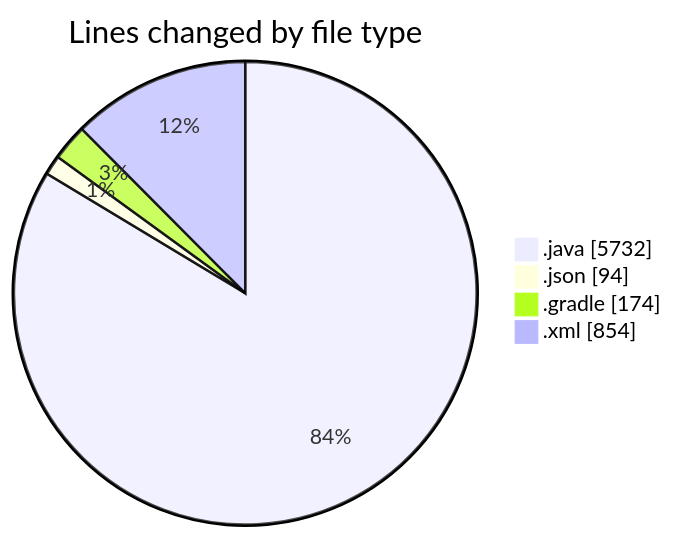
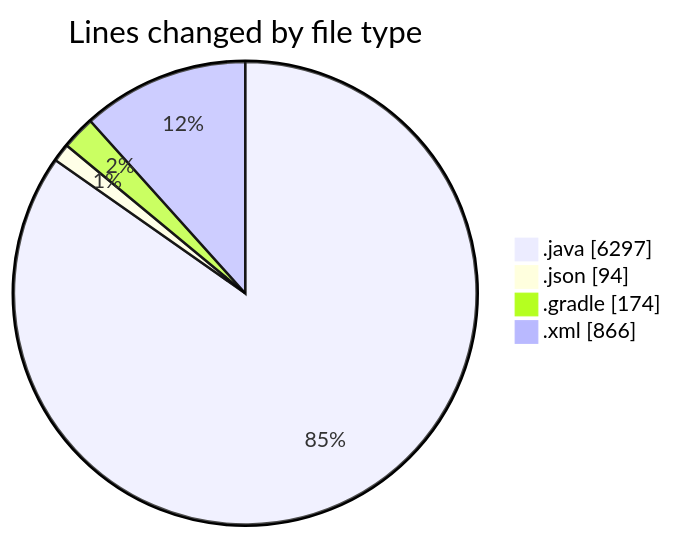
Before and after one commit to charlie-sans/code-tracking: the first of 2 diagrams in 2025-02-22/micros/README.md, drawn with Mermaid. The commit also changed other lines of this file and 1 other file, not shown here.

````diff
--- a/2025-02-22/micros/README.md
+++ b/2025-02-22/micros/README.md
@@ -62,8 +62,8 @@
 ```mermaid
 pie showData
 title Lines changed by file type
-".java" : 5732
+".java" : 6297
 ".json" : 94
 ".gradle" : 174
-".xml" : 854
+".xml" : 866
 ```
````
